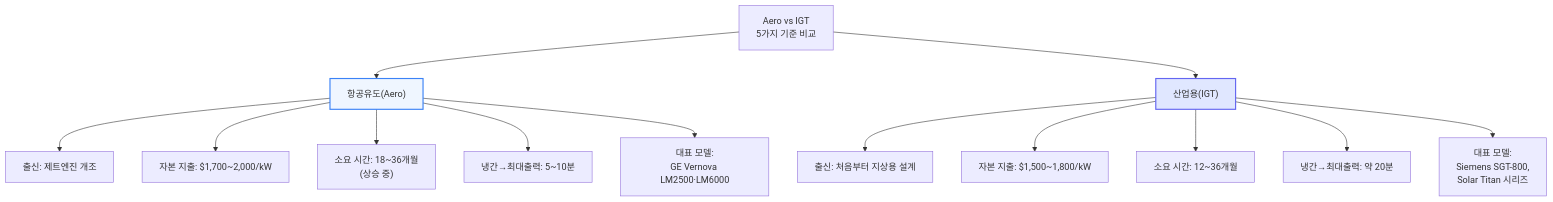
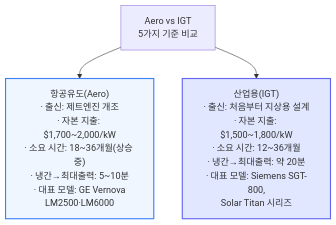
Before and after one commit to yohan4477/semi-report: the eighth of 34 diagrams in 원본 해석/[251231] AI 랩들은 어떻게 전력난을 해결하는가 - 온사이트 가스 딥다이브.md, drawn with Mermaid. The commit also changed other lines of this file, not shown here.

First line of the commit message:
Fix all remaining diagram width violations in onsite gas doc (v14.0)

````diff
--- a/원본 해석/[251231] AI 랩들은 어떻게 전력난을 해결하는가 - 온사이트 가스 딥다이브.md
+++ b/원본 해석/[251231] AI 랩들은 어떻게 전력난을 해결하는가 - 온사이트 가스 딥다이브.md
@@ -322,20 +321,8 @@
 ```mermaid
 flowchart TD
-    Compare5["Aero vs IGT<br/>5가지 기준 비교"] --> AeroBox["항공유도(Aero)"]
-    Compare5 --> IGTBox["산업용(IGT)"]
-
-    AeroBox --> AeroOrigin["출신: 제트엔진 개조"]
-    AeroBox --> AeroCapex["자본 지출: $1,700~2,000/kW"]
-    AeroBox --> AeroLead["소요 시간: 18~36개월<br/>(상승 중)"]
-    AeroBox --> AeroRamp["냉간→최대출력: 5~10분"]
-    AeroBox --> AeroModel["대표 모델:<br/>GE Vernova LM2500·LM6000"]
-
-    IGTBox --> IGTOrigin["출신: 처음부터 지상용 설계"]
-    IGTBox --> IGTCapex["자본 지출: $1,500~1,800/kW"]
-    IGTBox --> IGTLead["소요 시간: 12~36개월"]
-    IGTBox --> IGTRamp["냉간→최대출력: 약 20분"]
-    IGTBox --> IGTModel["대표 모델:<br/>Siemens SGT-800,<br/>Solar Titan 시리즈"]
+    Compare5["Aero vs IGT<br/>5가지 기준 비교"] --> AeroBox["항공유도(Aero)<br/>· 출신: 제트엔진 개조<br/>· 자본 지출: $1,700~2,000/kW<br/>· 소요 시간: 18~36개월(상승 중)<br/>· 냉간→최대출력: 5~10분<br/>· 대표 모델: GE Vernova<br/>LM2500·LM6000"]
+    Compare5 --> IGTBox["산업용(IGT)<br/>· 출신: 처음부터 지상용 설계<br/>· 자본 지출: $1,500~1,800/kW<br/>· 소요 시간: 12~36개월<br/>· 냉간→최대출력: 약 20분<br/>· 대표 모델: Siemens SGT-800,<br/>Solar Titan 시리즈"]
 
     style AeroBox fill:#eff6ff,stroke:#3b82f6,stroke-width:2px
     style IGTBox fill:#e0e7ff,stroke:#6366f1,stroke-width:2px
 ```
````
